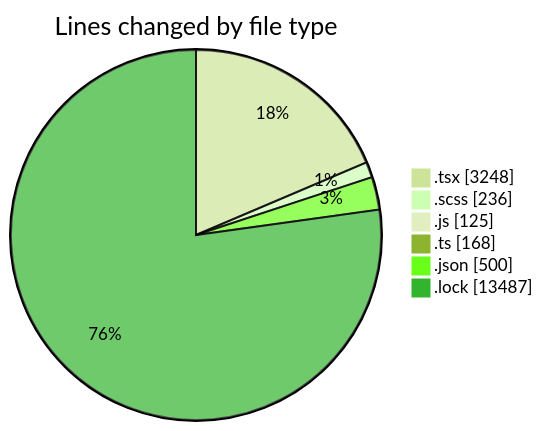
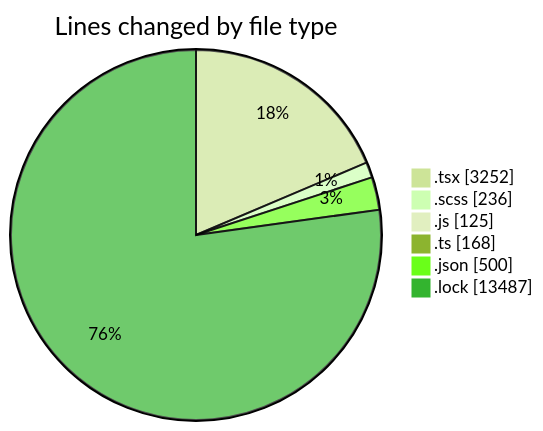
One commit to momahboobian/code-tracking changed the first of 2 diagrams in 2026-04-24/cda/README.md. Above: the diagram before and after it, drawn with Mermaid (forest theme). The commit also changed other lines of this file and 1 other file, not shown here.

````diff
--- a/2026-04-24/cda/README.md
+++ b/2026-04-24/cda/README.md
@@ -45,10 +45,10 @@
 ```mermaid
 pie showData
 title Lines changed by file type
-".tsx" : 3248
+".tsx" : 3252
 ".scss" : 236
 ".js" : 125
 ".ts" : 168
 ".json" : 500
 ".lock" : 13487
 ```
````
